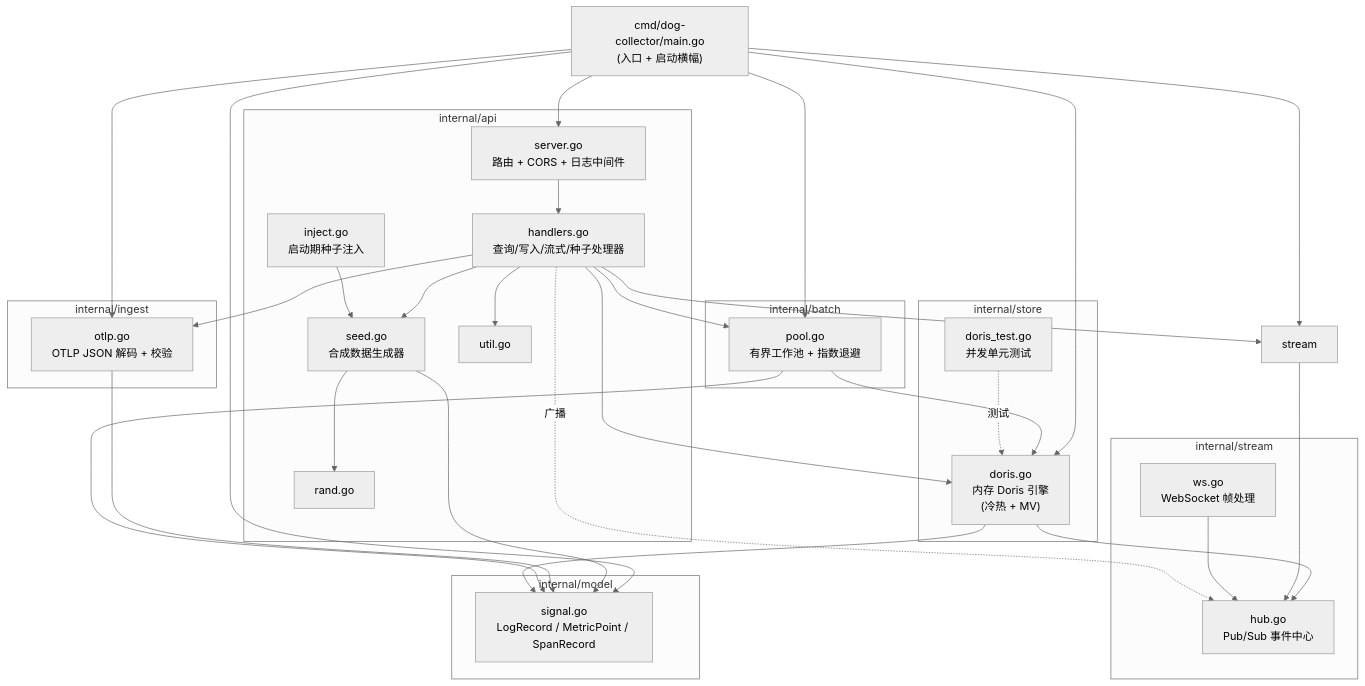
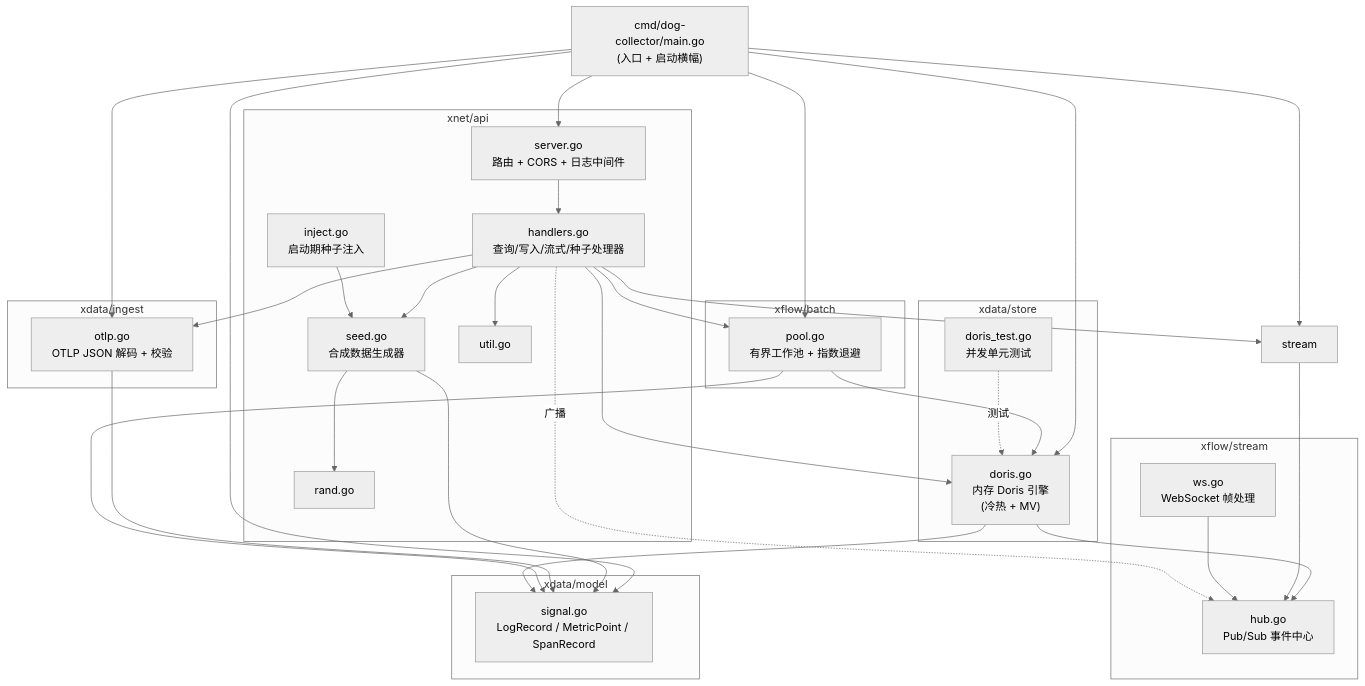
Before and after one commit to zsy619/demo-dog: the fourth of 6 diagrams in README.md, drawn with Mermaid (neutral theme). The commit also changed other lines of this file, not shown here.

````diff
--- a/README.md
+++ b/README.md
@@ -392,62 +389,62 @@
 ```mermaid
 flowchart TB
     main["cmd/dog-collector/main.go<br/>(入口 + 启动横幅)"]
 
     main --> api
     main --> batch
     main --> ingest
     main --> store
     main --> stream
     main --> model
 
-    subgraph apiPkg["internal/api"]
+    subgraph apiPkg["xnet/api"]
         api["server.go<br/>路由 + CORS + 日志中间件"]
         handlers["handlers.go<br/>查询/写入/流式/种子处理器"]
         seed["seed.go<br/>合成数据生成器"]
         inject["inject.go<br/>启动期种子注入"]
         rand["rand.go"]
         util["util.go"]
     end
 
-    subgraph batchPkg["internal/batch"]
+    subgraph batchPkg["xflow/batch"]
         batch["pool.go<br/>有界工作池 + 指数退避"]
     end
 
-    subgraph ingestPkg["internal/ingest"]
+    subgraph ingestPkg["xdata/ingest"]
         ingest["otlp.go<br/>OTLP JSON 解码 + 校验"]
     end
 
-    subgraph storePkg["internal/store"]
+    subgraph storePkg["xdata/store"]
         store["doris.go<br/>内存 Doris 引擎<br/>(冷热 + MV)"]
         dorisTest["doris_test.go<br/>并发单元测试"]
     end
 
-    subgraph streamPkg["internal/stream"]
+    subgraph streamPkg["xflow/stream"]
         hub["hub.go<br/>Pub/Sub 事件中心"]
         ws["ws.go<br/>WebSocket 帧处理"]
     end
 
-    subgraph modelPkg["internal/model"]
+    subgraph modelPkg["xdata/model"]
         model["signal.go<br/>LogRecord / MetricPoint / SpanRecord"]
     end
 
     api --> handlers
     handlers --> ingest
     handlers --> batch
     handlers --> store
     handlers --> stream
     handlers --> seed
     handlers --> util
     inject --> seed
     seed --> model
     seed --> rand
     ingest --> model
     batch --> store
     batch --> model
     store --> model
     store --> hub
     stream --> hub
     ws --> hub
     handlers -.广播.-> hub
     dorisTest -.测试.-> store
 ```
````
